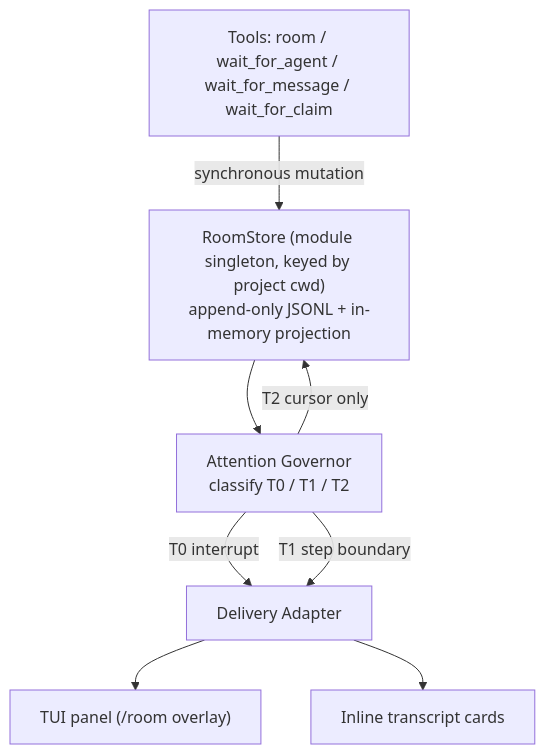
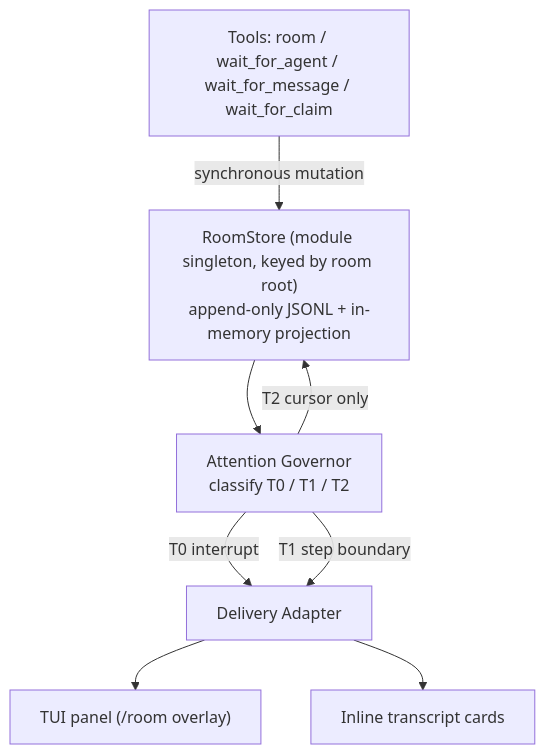
One commit to yuzu-octopus/omp-chatroom changed the diagram in AGENTS.md. Above: the diagram before and after it, drawn with Mermaid. The commit also changed other lines of this file and 5 other files, not shown here.

First line of the commit message:
docs(room): the global room root, the live verification, and plan 018

````diff
--- a/AGENTS.md
+++ b/AGENTS.md
@@ -20,17 +20,17 @@
 ```mermaid
 flowchart TD
   T["Tools: room / wait_for_agent / wait_for_message / wait_for_claim"]
-  S["RoomStore (module singleton, keyed by project cwd)<br/>append-only JSONL + in-memory projection"]
+  S["RoomStore (module singleton, keyed by room root)<br/>append-only JSONL + in-memory projection"]
   G["Attention Governor<br/>classify T0 / T1 / T2"]
   D["Delivery Adapter"]
   P["TUI panel (/room overlay)"]
   C["Inline transcript cards"]
 
   T -->|"synchronous mutation"| S
   S --> G
   G -->|"T0 interrupt"| D
   G -->|"T1 step boundary"| D
   G -->|"T2 cursor only"| S
   D --> P
   D --> C
 ```
````
